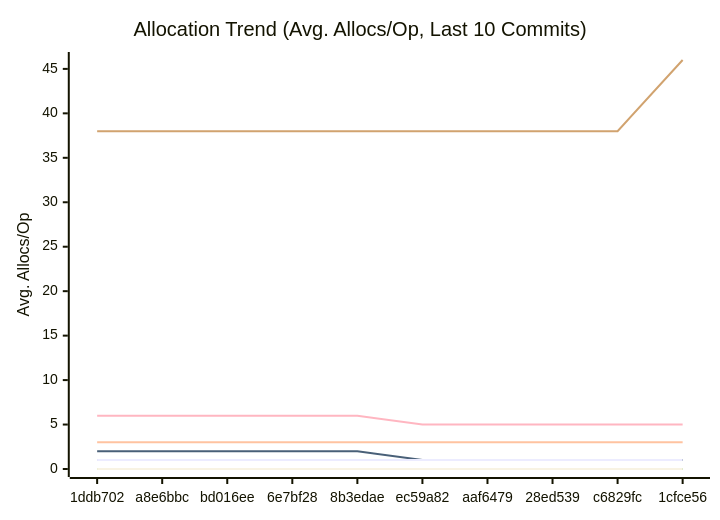
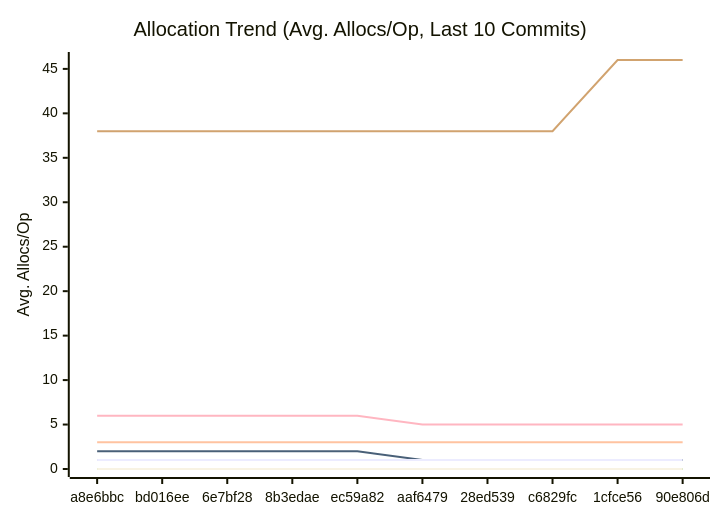
The third of 3 diagrams in docs/PERFORMANCE.md (alsotoes/momo), drawn with Mermaid before and after one commit. The commit also changed other lines of this file and 3 other files, not shown here.

````diff
--- a/docs/PERFORMANCE.md
+++ b/docs/PERFORMANCE.md
@@ -178,18 +176,18 @@
 ```mermaid
 xychart-beta
     title "Allocation Trend (Avg. Allocs/Op, Last 10 Commits)"
     x-axis "Commit"
     y-axis "Avg. Allocs/Op"
-    x-axis [1ddb702,a8e6bbc,bd016ee,6e7bf28,8b3edae,ec59a82,aaf6479,28ed539,c6829fc,1cfce56]
+    x-axis [a8e6bbc,bd016ee,6e7bf28,8b3edae,ec59a82,aaf6479,28ed539,c6829fc,1cfce56,90e806d]
     line "CheckMetricsAndSwap" [0,0,0,0,0,0,0,0,0,0]
     line "CrushOptimized" [0,0,0,0,0,0,0,0,0,0]
     line "CrushOriginal" [3,3,3,3,3,3,3,3,3,3]
     line "IndexDirectTracking" [0,0,0,0,0,0,0,0,0,0]
     line "IndexSearch" [0,0,0,0,0,0,0,0,0,0]
-    line "LoadGlobalConfig" [38,38,38,38,38,38,38,38,38,46]
+    line "LoadGlobalConfig" [38,38,38,38,38,38,38,38,46,46]
     line "PadString" [1,1,1,1,1,1,1,1,1,1]
     line "ParseReplicationOrder_NoPrealloc" [6,6,6,6,6,5,5,5,5,5]
     line "ParseReplicationOrder_Prealloc" [2,2,2,2,2,1,1,1,1,1]
     line "SanitizeLog/Safe" [0,0,0,0,0,0,0,0,0,0]
     line "SanitizeLog/Unsafe" [1,1,1,1,1,1,1,1,1,1]
 ```
````
